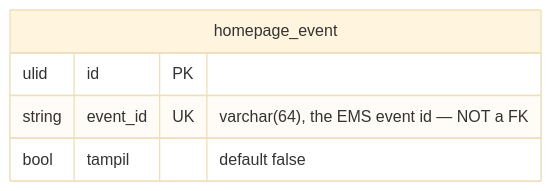
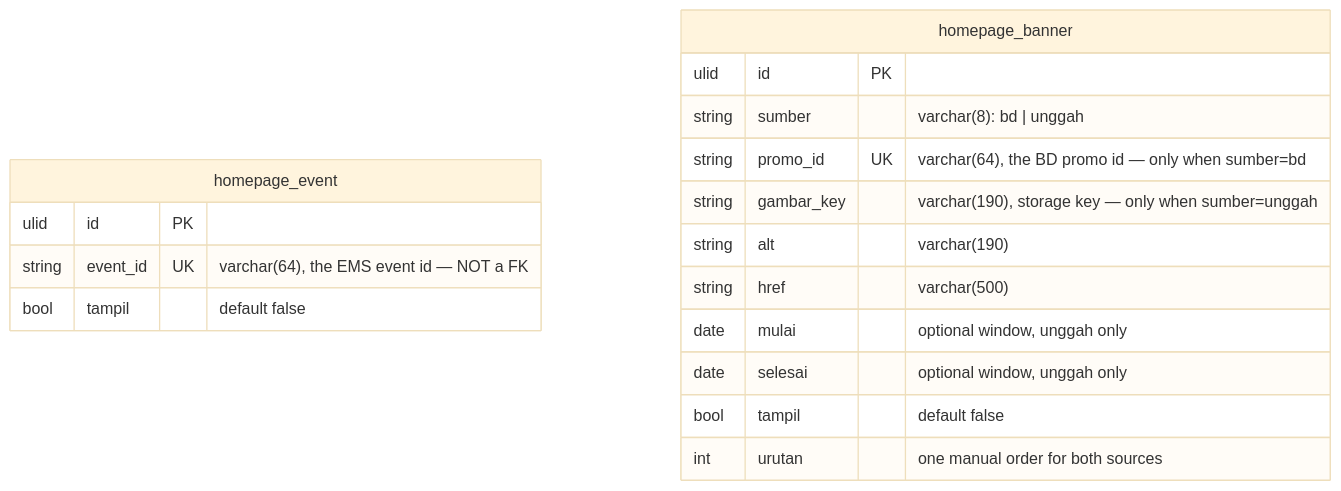
Before and after one commit to dwipapap/laksamana-api: the diagram in docs/db/homepage.md, drawn with Mermaid (base theme). The commit also changed other lines of this file and 17 other files, not shown here.

Commit message:
feat(homepage): promo slider — BD switch + uploaded banners (#198)

````diff
--- a/docs/db/homepage.md
+++ b/docs/db/homepage.md
@@ -24,8 +31,20 @@
 ```mermaid
 erDiagram
     homepage_event {
         ulid id PK
         string event_id UK "varchar(64), the EMS event id — NOT a FK"
         bool tampil "default false"
     }
+    homepage_banner {
+        ulid id PK
+        string sumber "varchar(8): bd | unggah"
+        string promo_id UK "varchar(64), the BD promo id — only when sumber=bd"
+        string gambar_key "varchar(190), storage key — only when sumber=unggah"
+        string alt "varchar(190)"
+        string href "varchar(500)"
+        date mulai "optional window, unggah only"
+        date selesai "optional window, unggah only"
+        bool tampil "default false"
+        int urutan "one manual order for both sources"
+    }
 ```
````
